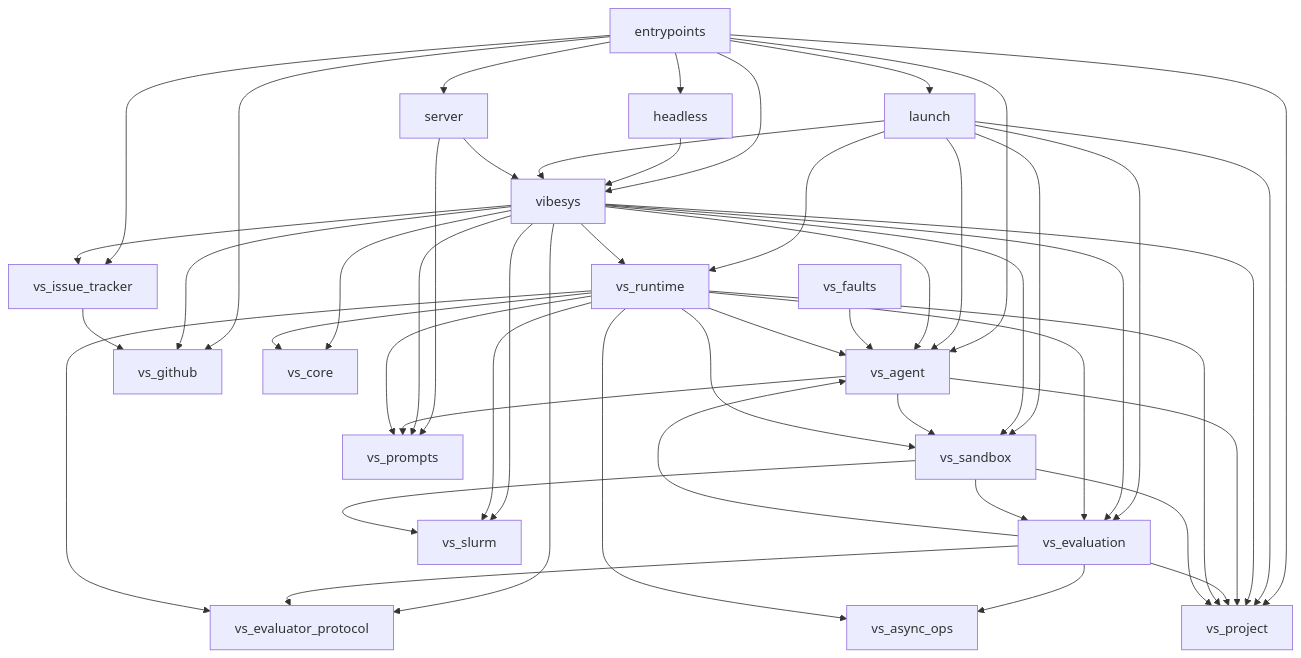
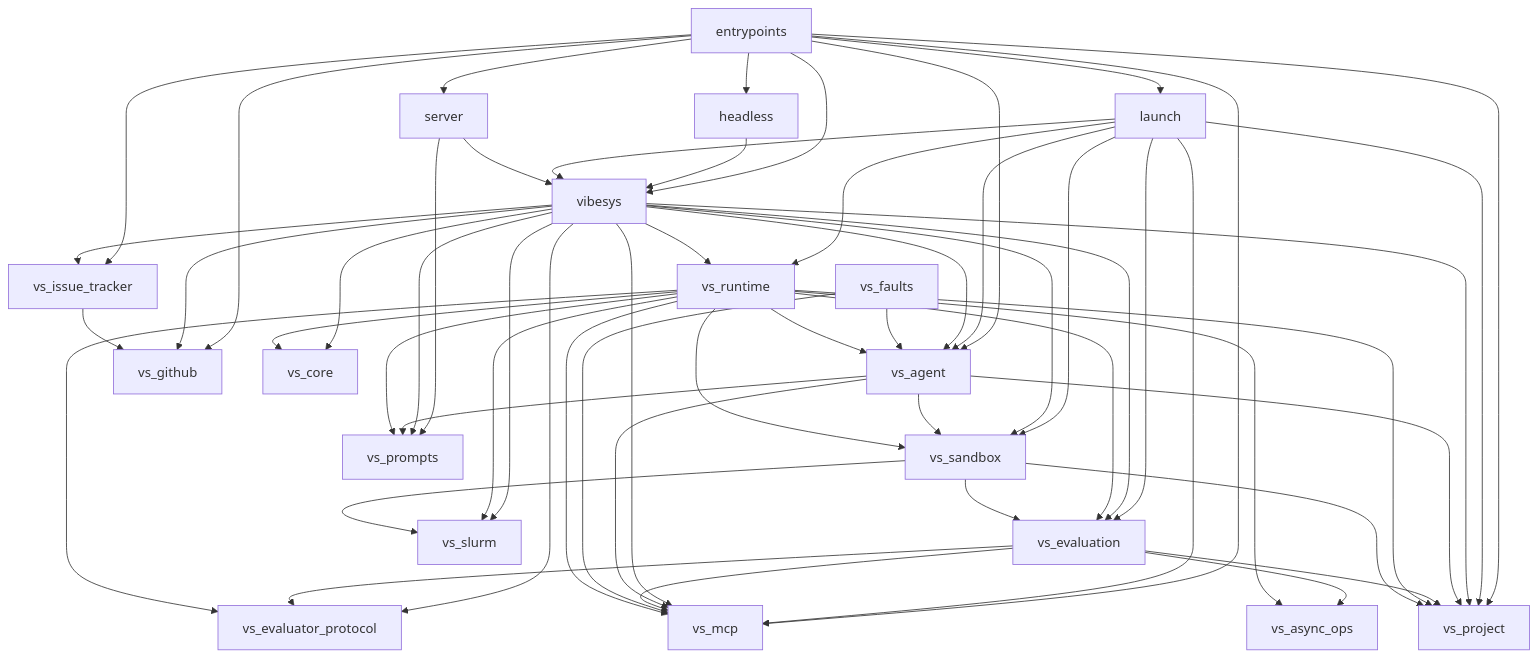
Before and after one commit to uw-syfi/vibesys: the diagram in docs/contributing/architecture.md, drawn with Mermaid. The commit also changed 53 other files, not shown here.

````diff
--- a/docs/contributing/architecture.md
+++ b/docs/contributing/architecture.md
@@ -99,52 +99,58 @@
 ```mermaid
 graph TD
     entrypoints --> headless
     entrypoints --> launch
     entrypoints --> server
     entrypoints --> vibesys
     entrypoints --> vs_agent
     entrypoints --> vs_github
     entrypoints --> vs_issue_tracker
+    entrypoints --> vs_mcp
     entrypoints --> vs_project
     headless --> vibesys
     launch --> vibesys
     launch --> vs_agent
     launch --> vs_evaluation
+    launch --> vs_mcp
     launch --> vs_project
     launch --> vs_runtime
     launch --> vs_sandbox
     server --> vibesys
     server --> vs_prompts
     vibesys --> vs_agent
     vibesys --> vs_core
     vibesys --> vs_evaluation
     vibesys --> vs_evaluator_protocol
     vibesys --> vs_github
     vibesys --> vs_issue_tracker
+    vibesys --> vs_mcp
     vibesys --> vs_project
     vibesys --> vs_prompts
     vibesys --> vs_runtime
     vibesys --> vs_sandbox
     vibesys --> vs_slurm
+    vs_agent --> vs_mcp
     vs_agent --> vs_project
     vs_agent --> vs_prompts
     vs_agent --> vs_sandbox
-    vs_evaluation --> vs_agent
     vs_evaluation --> vs_async_ops
     vs_evaluation --> vs_evaluator_protocol
+    vs_evaluation --> vs_mcp
     vs_evaluation --> vs_project
     vs_faults --> vs_agent
+    vs_faults --> vs_mcp
     vs_issue_tracker --> vs_github
     vs_runtime --> vs_agent
     vs_runtime --> vs_async_ops
     vs_runtime --> vs_core
     vs_runtime --> vs_evaluation
     vs_runtime --> vs_evaluator_protocol
+    vs_runtime --> vs_mcp
     vs_runtime --> vs_project
     vs_runtime --> vs_prompts
     vs_runtime --> vs_sandbox
     vs_runtime --> vs_slurm
     vs_sandbox --> vs_evaluation
     vs_sandbox --> vs_project
     vs_sandbox --> vs_slurm
 ```
````
